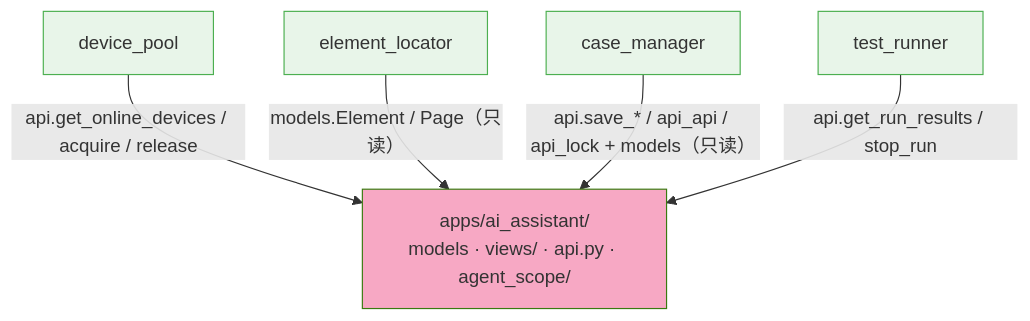
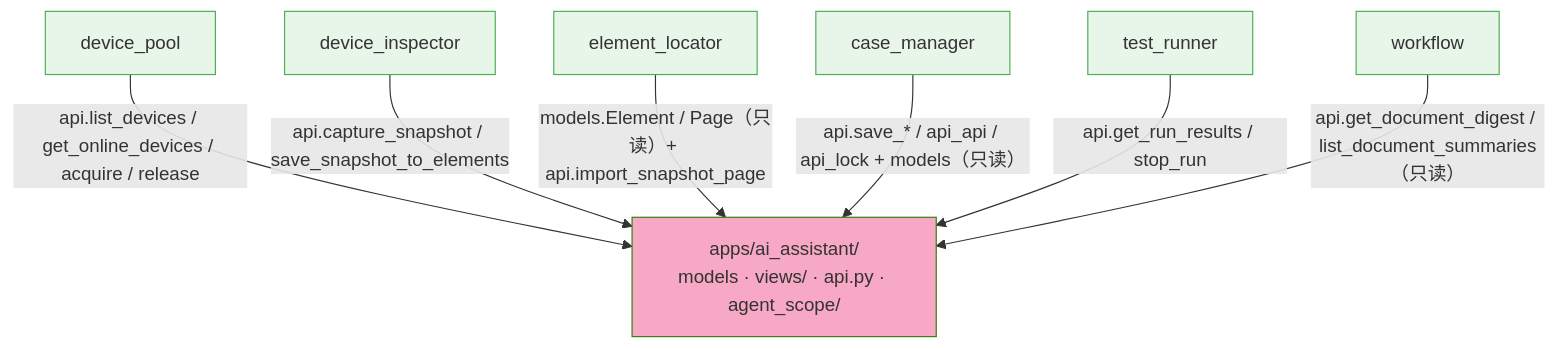
Before and after one commit to Kahoku-lazy/Android-AutoTests: the second of 5 diagrams in dev_docs/03-设计与架构/ARCH-08-AI助手.md, drawn with Mermaid. The commit also changed other lines of this file and 53 other files, not shown here.

````diff
--- a/dev_docs/03-设计与架构/ARCH-08-AI助手.md
+++ b/dev_docs/03-设计与架构/ARCH-08-AI助手.md
@@ -67,15 +67,19 @@
 ```mermaid
 flowchart TD
     AI["apps/ai_assistant/<br/>models · views/ · api.py · agent_scope/"]
 
-    DP["device_pool"] -->|"api.get_online_devices / acquire / release"| AI
-    EL["element_locator"] -->|"models.Element / Page（只读）"| AI
+    DP["device_pool"] -->|"api.list_devices / get_online_devices / acquire / release"| AI
+    DI["device_inspector"] -->|"api.capture_snapshot / save_snapshot_to_elements"| AI
+    EL["element_locator"] -->|"models.Element / Page（只读）+ api.import_snapshot_page"| AI
     CM["case_manager"] -->|"api.save_* / api_api / api_lock + models（只读）"| AI
     TR["test_runner"] -->|"api.get_run_results / stop_run"| AI
+    WF["workflow"] -->|"api.get_document_digest / list_document_summaries（只读）"| AI
 
     style AI fill:#f7a8c4,stroke:#3a7a10
     style DP fill:#e8f5e9,stroke:#4caf50
+    style DI fill:#e8f5e9,stroke:#4caf50
     style EL fill:#e8f5e9,stroke:#4caf50
     style CM fill:#e8f5e9,stroke:#4caf50
     style TR fill:#e8f5e9,stroke:#4caf50
+    style WF fill:#e8f5e9,stroke:#4caf50
 ```
````
